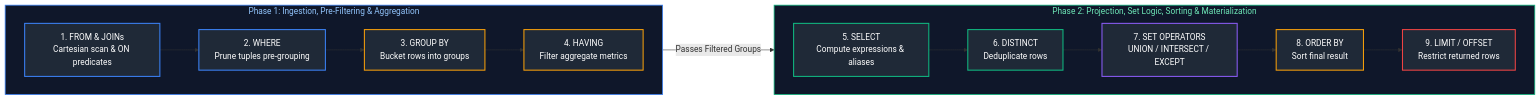
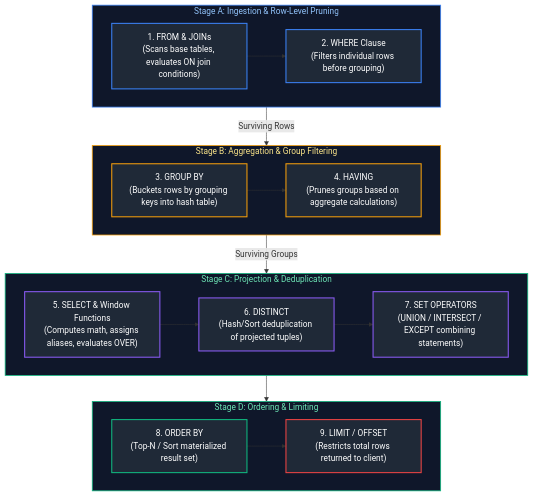
Before and after one commit to joydeep-biswas/Interview-Preparation: the third of 10 diagrams in Data Engineering/01_sql_fundamentals.md, drawn with Mermaid. The commit also changed other lines of this file and 143 other files, not shown here.

````diff
--- a/Data Engineering/01_sql_fundamentals.md
+++ b/Data Engineering/01_sql_fundamentals.md
@@ -96,26 +207,45 @@
 ```mermaid
-flowchart LR
-    subgraph Phase1 ["Phase 1: Ingestion, Pre-Filtering & Aggregation"]
-        direction LR
-        S1["1. FROM & JOINs<br/>Cartesian scan & ON predicates"] --> S2["2. WHERE<br/>Prune tuples pre-grouping"] --> S3["3. GROUP BY<br/>Bucket rows into groups"] --> S4["4. HAVING<br/>Filter aggregate metrics"]
+flowchart TD
+    subgraph StageA ["Stage A: Ingestion & Row-Level Pruning"]
+        S1["1. FROM & JOINs<br/>(Scans base tables, evaluates ON join conditions)"]
+        S2["2. WHERE Clause<br/>(Filters individual rows before grouping)"]
+        S1 --> S2
     end
 
-    subgraph Phase2 ["Phase 2: Projection, Set Logic, Sorting & Materialization"]
-        direction LR
-        S5["5. SELECT<br/>Compute expressions & aliases"] --> S6["6. DISTINCT<br/>Deduplicate rows"] --> S7["7. SET OPERATORS<br/>UNION / INTERSECT / EXCEPT"] --> S8["8. ORDER BY<br/>Sort final result"] --> S9["9. LIMIT / OFFSET<br/>Restrict returned rows"]
+    subgraph StageB ["Stage B: Aggregation & Group Filtering"]
+        S3["3. GROUP BY<br/>(Buckets rows by grouping keys into hash table)"]
+        S4["4. HAVING<br/>(Prunes groups based on aggregate calculations)"]
+        S3 --> S4
     end
 
-    S4 -->|"Passes Filtered Groups"| S5
+    subgraph StageC ["Stage C: Projection & Deduplication"]
+        S5["5. SELECT & Window Functions<br/>(Computes math, assigns aliases, evaluates OVER)"]
+        S6["6. DISTINCT<br/>(Hash/Sort deduplication of projected tuples)"]
+        S7["7. SET OPERATORS<br/>(UNION / INTERSECT / EXCEPT combining statements)"]
+        S5 --> S6 --> S7
+    end
 
-    style Phase1 fill:#0f172a,stroke:#3b82f6,stroke-width:1.5px,color:#93c5fd
-    style Phase2 fill:#0f172a,stroke:#10b981,stroke-width:1.5px,color:#6ee7b7
+    subgraph StageD ["Stage D: Ordering & Limiting"]
+        S8["8. ORDER BY<br/>(Top-N / Sort materialized result set)"]
+        S9["9. LIMIT / OFFSET<br/>(Restricts total rows returned to client)"]
+        S8 --> S9
+    end
+
+    StageA -->|"Surviving Rows"| StageB
+    StageB -->|"Surviving Groups"| StageC
+    StageC --> StageD
+
+    style StageA fill:#0f172a,stroke:#3b82f6,stroke-width:1.5px,color:#93c5fd
+    style StageB fill:#0f172a,stroke:#f59e0b,stroke-width:1.5px,color:#fde68a
+    style StageC fill:#0f172a,stroke:#10b981,stroke-width:1.5px,color:#6ee7b7
+    style StageD fill:#0f172a,stroke:#10b981,stroke-width:1.5px,color:#6ee7b7
     style S1 fill:#1f2937,stroke:#3b82f6,stroke-width:2px,color:#fff
     style S2 fill:#1f2937,stroke:#3b82f6,stroke-width:2px,color:#fff
     style S3 fill:#1f2937,stroke:#f59e0b,stroke-width:2px,color:#fff
     style S4 fill:#1f2937,stroke:#f59e0b,stroke-width:2px,color:#fff
-    style S5 fill:#1f2937,stroke:#10b981,stroke-width:2px,color:#fff
-    style S6 fill:#1f2937,stroke:#10b981,stroke-width:2px,color:#fff
+    style S5 fill:#1f2937,stroke:#8b5cf6,stroke-width:2px,color:#fff
+    style S6 fill:#1f2937,stroke:#8b5cf6,stroke-width:2px,color:#fff
     style S7 fill:#1f2937,stroke:#8b5cf6,stroke-width:2px,color:#fff
-    style S8 fill:#1f2937,stroke:#f59e0b,stroke-width:2px,color:#fff
+    style S8 fill:#1f2937,stroke:#10b981,stroke-width:2px,color:#fff
     style S9 fill:#1f2937,stroke:#ef4444,stroke-width:2px,color:#fff
 ```
````
